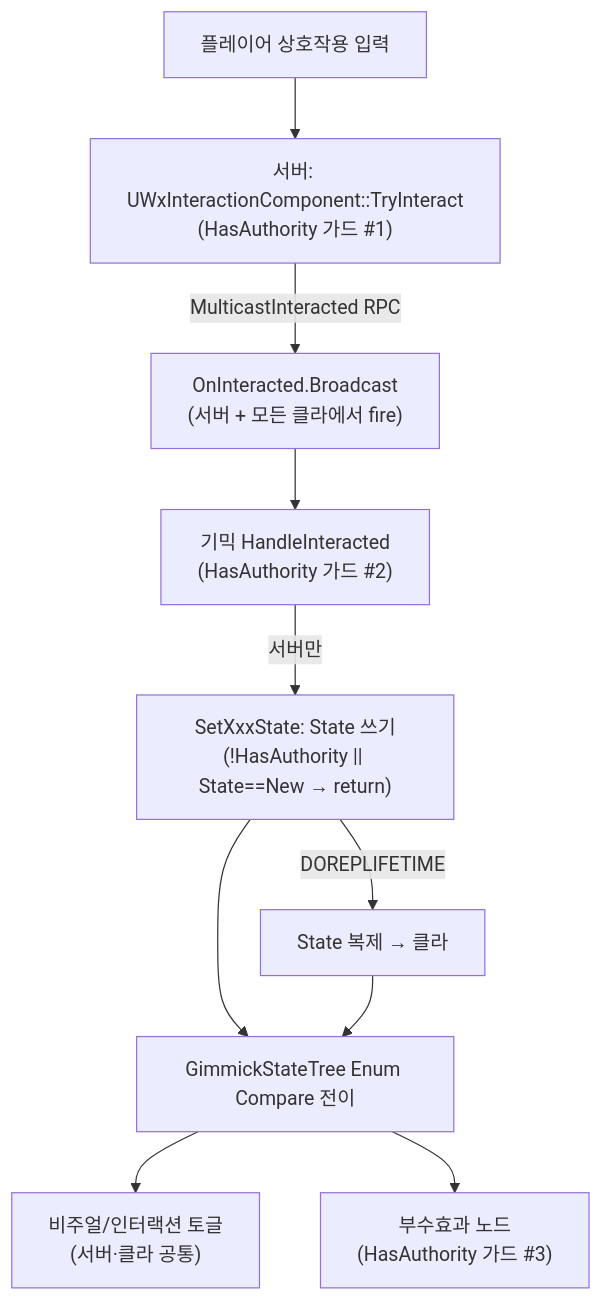
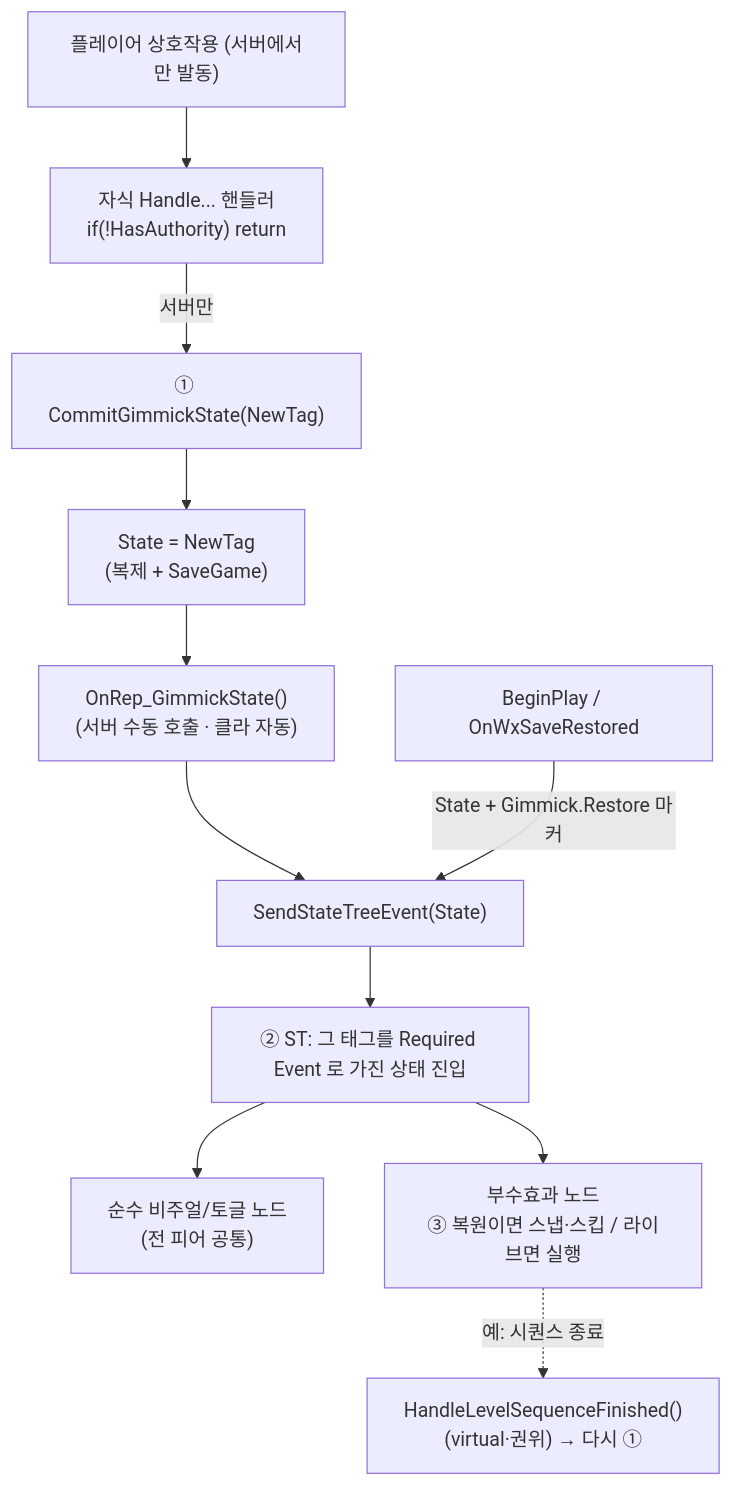
The diagram in Docs/Programmer/Gimmick_State_Authority.md (Woogl/ProjectWx), drawn with Mermaid before and after one commit. The commit also changed other lines of this file, not shown here.

Commit message:
기믹 State 권위 문서를 StateTree 계약 중심으로 갱신

````diff
--- a/Docs/Programmer/Gimmick_State_Authority.md
+++ b/Docs/Programmer/Gimmick_State_Authority.md
@@ -22,12 +42,14 @@
 ```mermaid
 flowchart TD
-    Input["플레이어 상호작용 입력"] --> Try["서버: UWxInteractionComponent::TryInteract<br/>(HasAuthority 가드 #1)"]
-    Try -->|"MulticastInteracted RPC"| Bcast["OnInteracted.Broadcast<br/>(서버 + 모든 클라에서 fire)"]
-    Bcast --> Handle["기믹 HandleInteracted<br/>(HasAuthority 가드 #2)"]
-    Handle -->|"서버만"| Set["SetXxxState: State 쓰기<br/>(!HasAuthority || State==New → return)"]
-    Set -->|"DOREPLIFETIME"| Rep["State 복제 → 클라"]
-    Set --> ST["GimmickStateTree Enum Compare 전이"]
-    Rep --> ST
-    ST --> Vis["비주얼/인터랙션 토글<br/>(서버·클라 공통)"]
-    ST --> Side["부수효과 노드<br/>(HasAuthority 가드 #3)"]
+    Input["플레이어 상호작용 (서버에서만 발동)"] --> Handle["자식 Handle... 핸들러<br/>if(!HasAuthority) return"]
+    Handle -->|"서버만"| Commit["① CommitGimmickState(NewTag)"]
+    Commit --> Write["State = NewTag<br/>(복제 + SaveGame)"]
+    Write --> OnRep["OnRep_GimmickState()<br/>(서버 수동 호출 · 클라 자동)"]
+    OnRep --> Send["SendStateTreeEvent(State)"]
+    Send --> Enter["② ST: 그 태그를 Required Event 로 가진 상태 진입"]
+    Enter --> Pure["순수 비주얼/토글 노드<br/>(전 피어 공통)"]
+    Enter --> Side["부수효과 노드<br/>③ 복원이면 스냅·스킵 / 라이브면 실행"]
+    Side -. "예: 시퀀스 종료" .-> Cb["HandleLevelSequenceFinished()<br/>(virtual·권위) → 다시 ①"]
+
+    Restore["BeginPlay / OnWxSaveRestored"] -->|"State + Gimmick.Restore 마커"| Send
 ```
````
